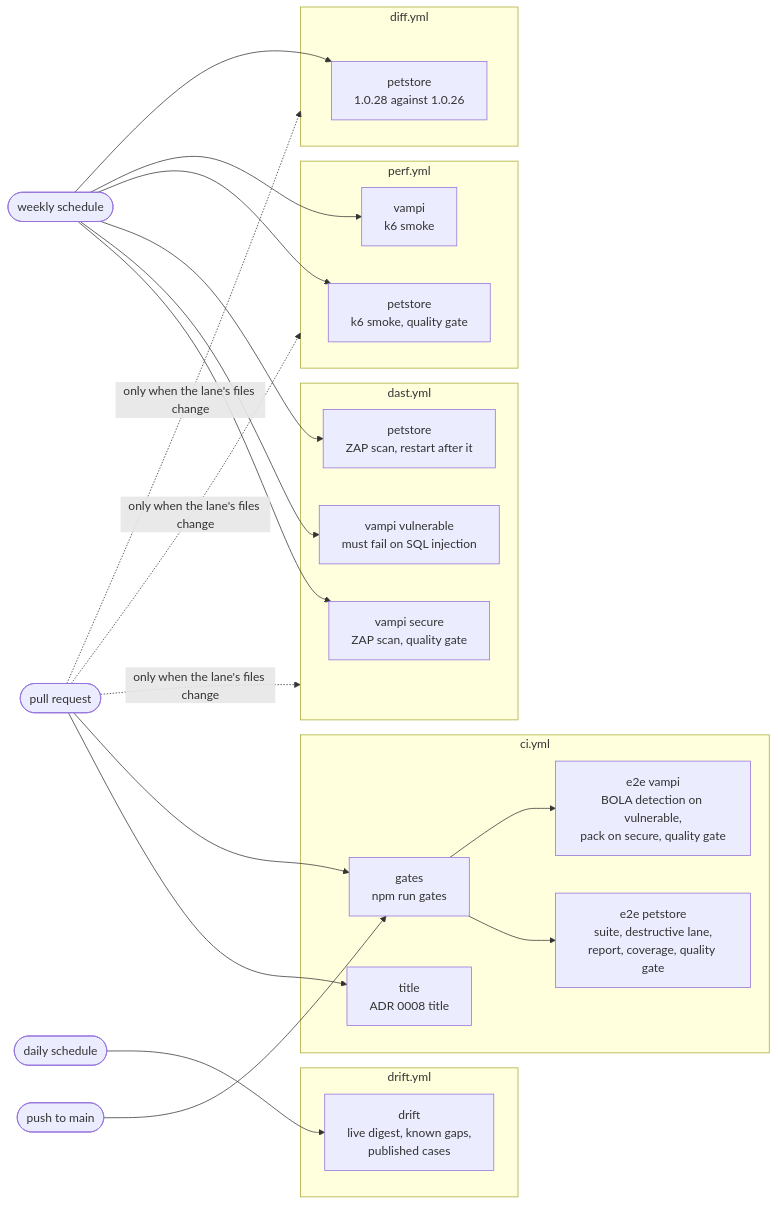
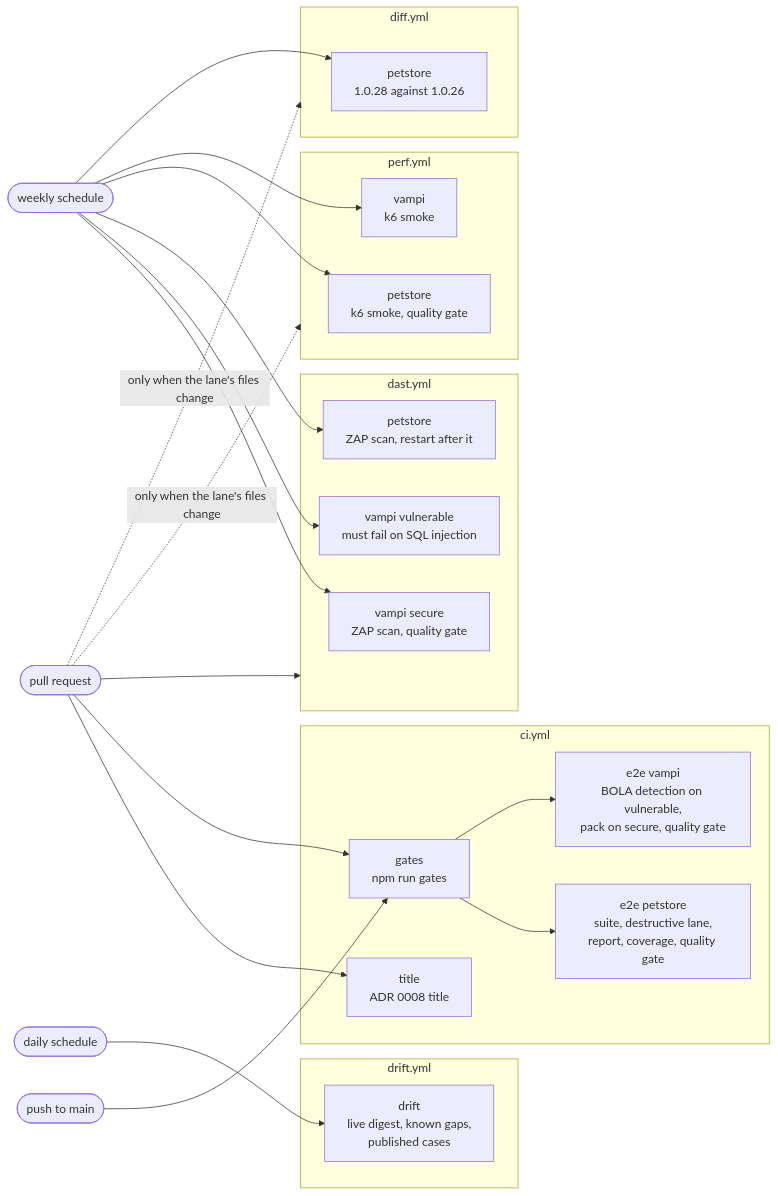
The diagram in docs/ci.md (marceloancieta/api-qa-agentic-framework), drawn with Mermaid before and after one commit. The commit also changed other lines of this file and 9 other files, not shown here.

````diff
--- a/docs/ci.md
+++ b/docs/ci.md
@@ -25,49 +27,49 @@
 ```mermaid
 flowchart LR
   pr(["pull request"])
   push(["push to main"])
   daily(["daily schedule"])
   weekly(["weekly schedule"])
 
   subgraph ciWf["ci.yml"]
     title["title<br/>ADR 0008 title"]
     gatesJob["gates<br/>npm run gates"]
     e2e["e2e petstore<br/>suite, destructive lane,<br/>report, coverage, quality gate"]
     e2eVampi["e2e vampi<br/>BOLA detection on vulnerable,<br/>pack on secure, quality gate"]
     gatesJob --> e2e
     gatesJob --> e2eVampi
   end
 
   subgraph driftWf["drift.yml"]
     drift["drift<br/>live digest, known gaps,<br/>published cases"]
   end
 
   subgraph dastWf["dast.yml"]
     dastSecure["vampi secure<br/>ZAP scan, quality gate"]
     dastVuln["vampi vulnerable<br/>must fail on SQL injection"]
     dastPet["petstore<br/>ZAP scan, restart after it"]
   end
 
   subgraph perfWf["perf.yml"]
     perfPet["petstore<br/>k6 smoke, quality gate"]
     perfVampi["vampi<br/>k6 smoke"]
   end
 
   subgraph diffWf["diff.yml"]
     diffPet["petstore<br/>1.0.28 against 1.0.26"]
   end
 
   pr --> title
   pr --> gatesJob
   push --> gatesJob
   daily --> drift
   weekly --> dastSecure
   weekly --> dastVuln
   weekly --> dastPet
   weekly --> perfPet
   weekly --> perfVampi
   weekly --> diffPet
-  pr -.->|"only when the lane's files change"| dastWf
+  pr --> dastWf
   pr -.->|"only when the lane's files change"| perfWf
   pr -.->|"only when the lane's files change"| diffWf
 ```
````
